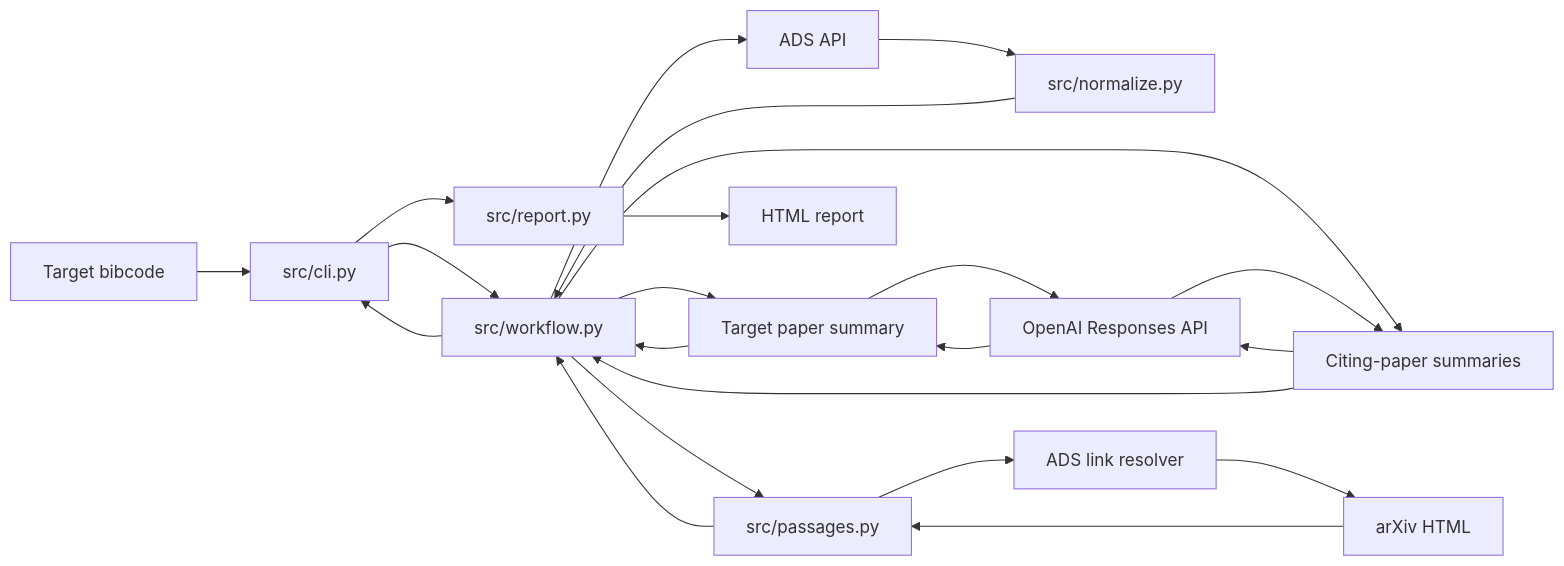
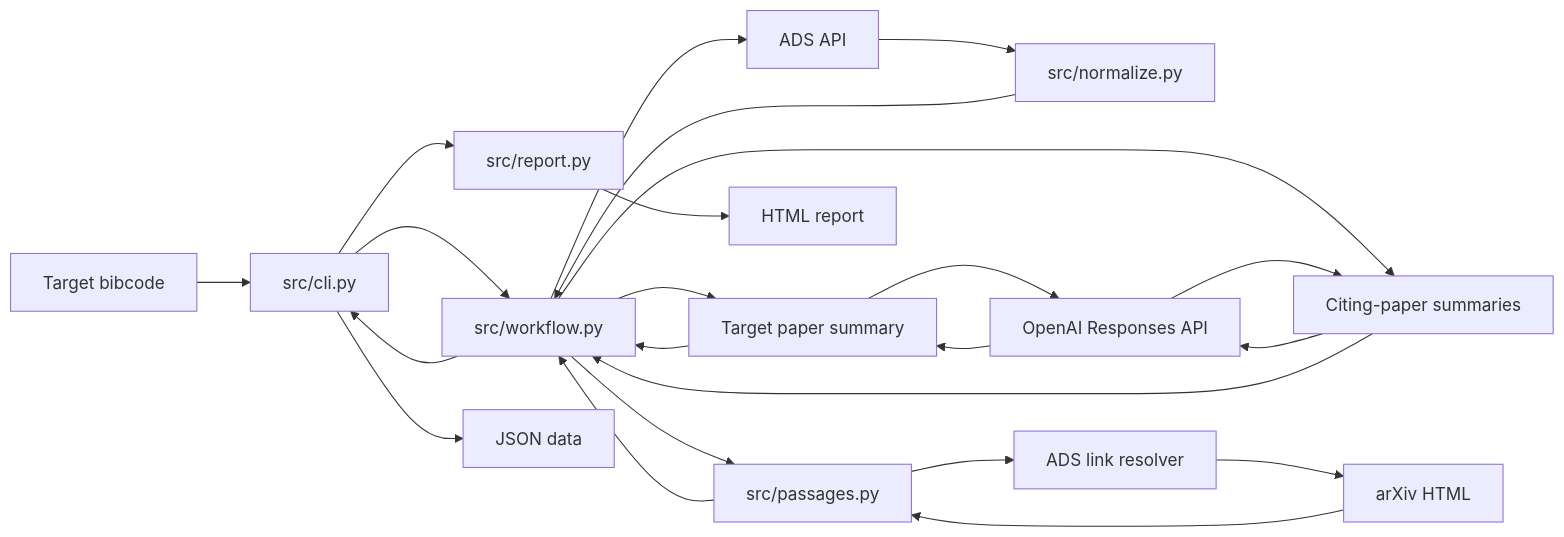
The diagram in PIPELINE.md (ttepperg/citation-agent), drawn with Mermaid before and after one commit. The commit also changed other lines of this file and 4 other files, not shown here.

````diff
--- a/PIPELINE.md
+++ b/PIPELINE.md
@@ -6,25 +6,26 @@
 ```mermaid
 flowchart LR
     User[Target bibcode] --> CLI[src/cli.py]
     CLI --> Workflow[src/workflow.py]
     Workflow --> ADS[ADS API]
     ADS --> Normalize[src/normalize.py]
     Normalize --> Workflow
     Workflow --> TargetSummary[Target paper summary]
     TargetSummary --> OpenAI[OpenAI Responses API]
     OpenAI --> TargetSummary
     TargetSummary --> Workflow
     Workflow --> Passages[src/passages.py]
     Passages --> Resolver[ADS link resolver]
     Resolver --> Arxiv[arXiv HTML]
     Arxiv --> Passages
     Passages --> Workflow
     Workflow --> CitationSummary[Citing-paper summaries]
     CitationSummary --> OpenAI
     OpenAI --> CitationSummary
     CitationSummary --> Workflow
     Workflow --> CLI
     CLI --> Report[src/report.py]
     Report --> HTML[HTML report]
+    CLI --> JSON[JSON data]
     Report ~~~ CLI
 ```
````
